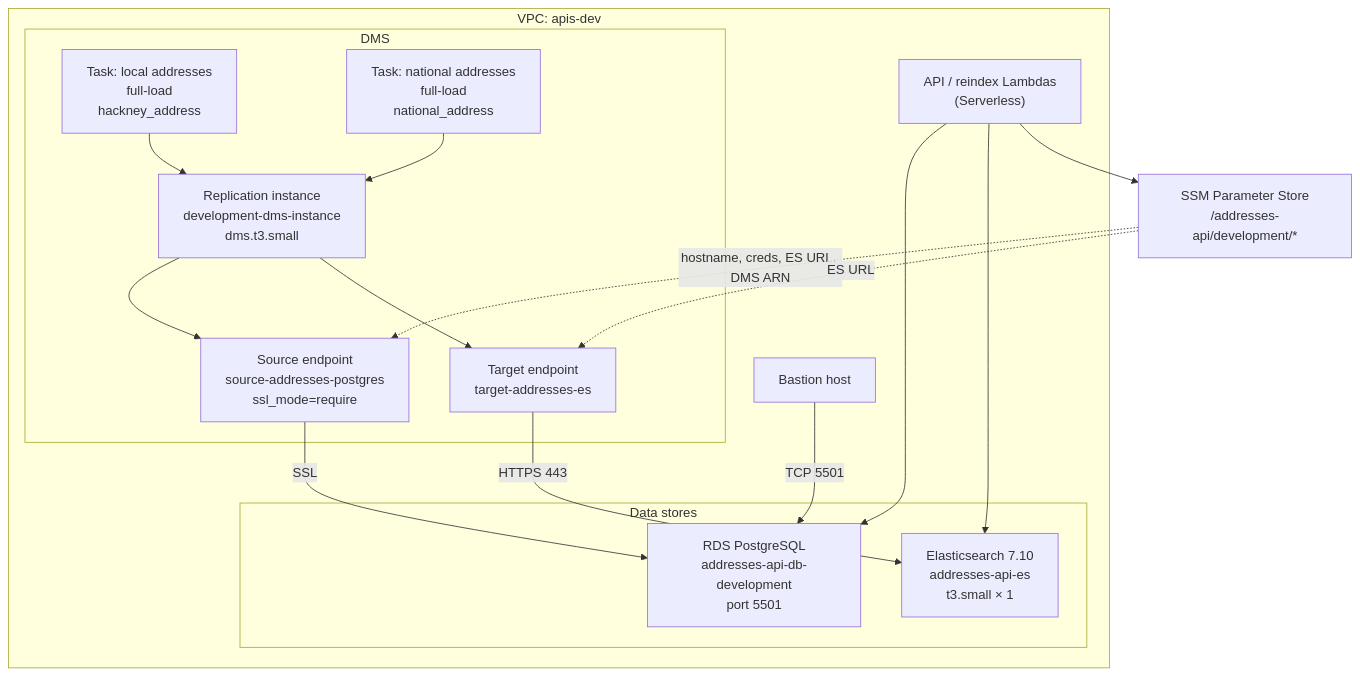
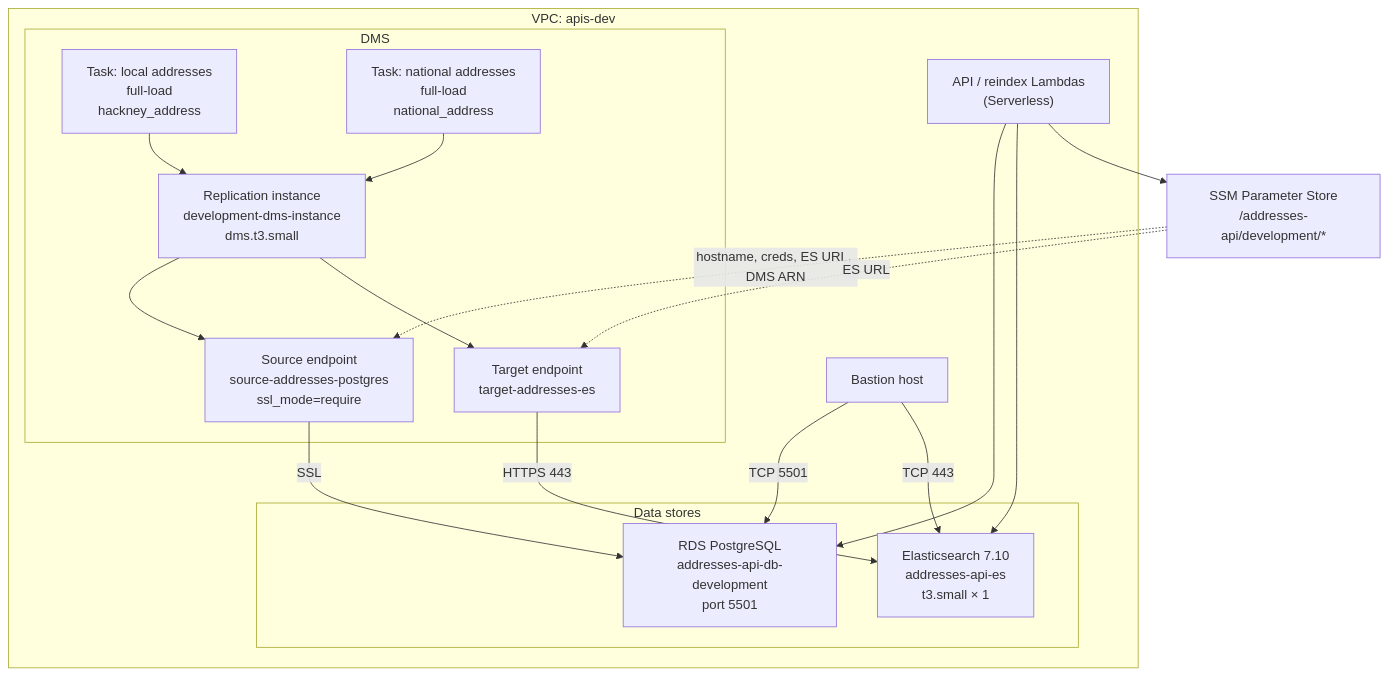
Before and after one commit to LBHackney-IT/addresses-api: the first of 4 diagrams in terraform/development/README.md, drawn with Mermaid. The commit also changed other lines of this file and 1 other file, not shown here.

Commit message:
give bastion access to es

````diff
--- a/terraform/development/README.md
+++ b/terraform/development/README.md
@@ -9,36 +9,37 @@
 ```mermaid
 flowchart TB
   subgraph vpc["VPC: apis-dev"]
     bastion["Bastion host"]
     lambda["API / reindex Lambdas<br/>(Serverless)"]
 
     subgraph data["Data stores"]
       rds["RDS PostgreSQL<br/>addresses-api-db-development<br/>port 5501"]
       es["Elasticsearch 7.10<br/>addresses-api-es<br/>t3.small × 1"]
     end
 
     subgraph dms["DMS"]
       dmsInst["Replication instance<br/>development-dms-instance<br/>dms.t3.small"]
       srcEp["Source endpoint<br/>source-addresses-postgres<br/>ssl_mode=require"]
       tgtEp["Target endpoint<br/>target-addresses-es"]
       taskLocal["Task: local addresses<br/>full-load<br/>hackney_address"]
       taskNational["Task: national addresses<br/>full-load<br/>national_address"]
     end
   end
 
   ssm["SSM Parameter Store<br/>/addresses-api/development/*"]
 
   bastion -->|TCP 5501| rds
+  bastion -->|TCP 443| es
   lambda --> rds
   lambda --> es
   lambda --> ssm
 
   dmsInst --> srcEp
   dmsInst --> tgtEp
   srcEp -->|SSL| rds
   tgtEp -->|HTTPS 443| es
   taskLocal --> dmsInst
   taskNational --> dmsInst
   ssm -.->|hostname, creds, ES URL, DMS ARN| srcEp
   ssm -.->|ES URL| tgtEp
 ```
````
